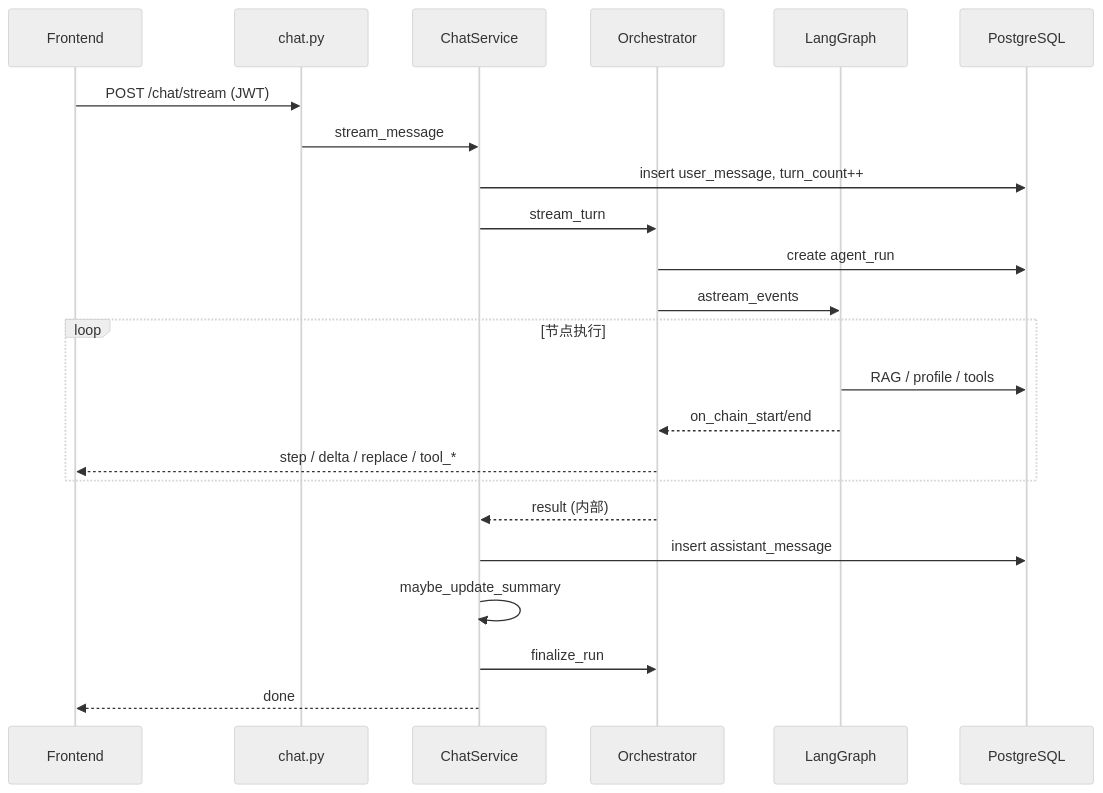
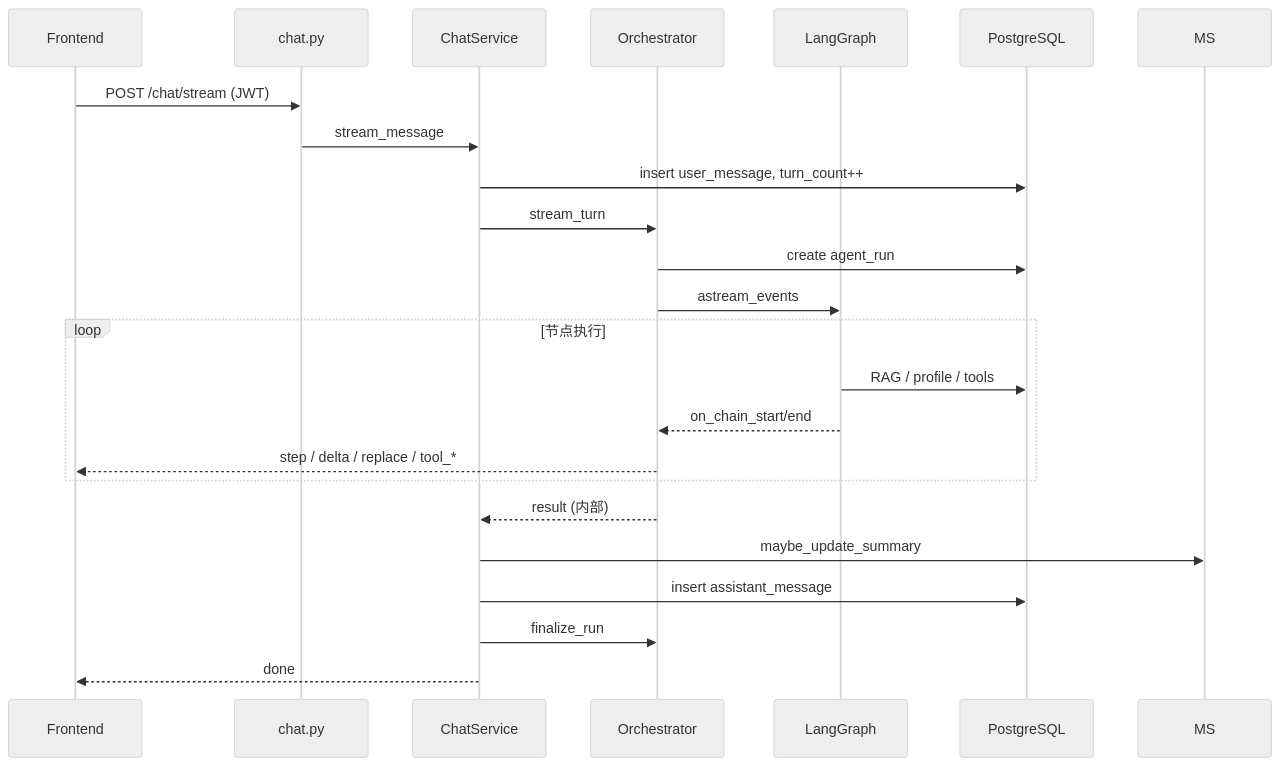
The second of 3 diagrams in docs/guide/03-系统架构与分层.md (GJWeigege/fitness-coach-agent), drawn with Mermaid (neutral theme) before and after one commit. The commit also changed other lines of this file and 15 other files, not shown here.

````diff
--- a/docs/guide/03-系统架构与分层.md
+++ b/docs/guide/03-系统架构与分层.md
@@ -117,26 +117,26 @@
 ```mermaid
 sequenceDiagram
     participant FE as Frontend
     participant API as chat.py
     participant CS as ChatService
     participant OR as Orchestrator
     participant LG as LangGraph
     participant DB as PostgreSQL
 
     FE->>API: POST /chat/stream (JWT)
     API->>CS: stream_message
     CS->>DB: insert user_message, turn_count++
     CS->>OR: stream_turn
     OR->>DB: create agent_run
     OR->>LG: astream_events
     loop 节点执行
         LG->>DB: RAG / profile / tools
         LG-->>OR: on_chain_start/end
         OR-->>FE: step / delta / replace / tool_*
     end
     OR-->>CS: result (内部)
+    CS->>MS: maybe_update_summary
     CS->>DB: insert assistant_message
-    CS->>CS: maybe_update_summary
     CS->>OR: finalize_run
     CS-->>FE: done
 ```
````
